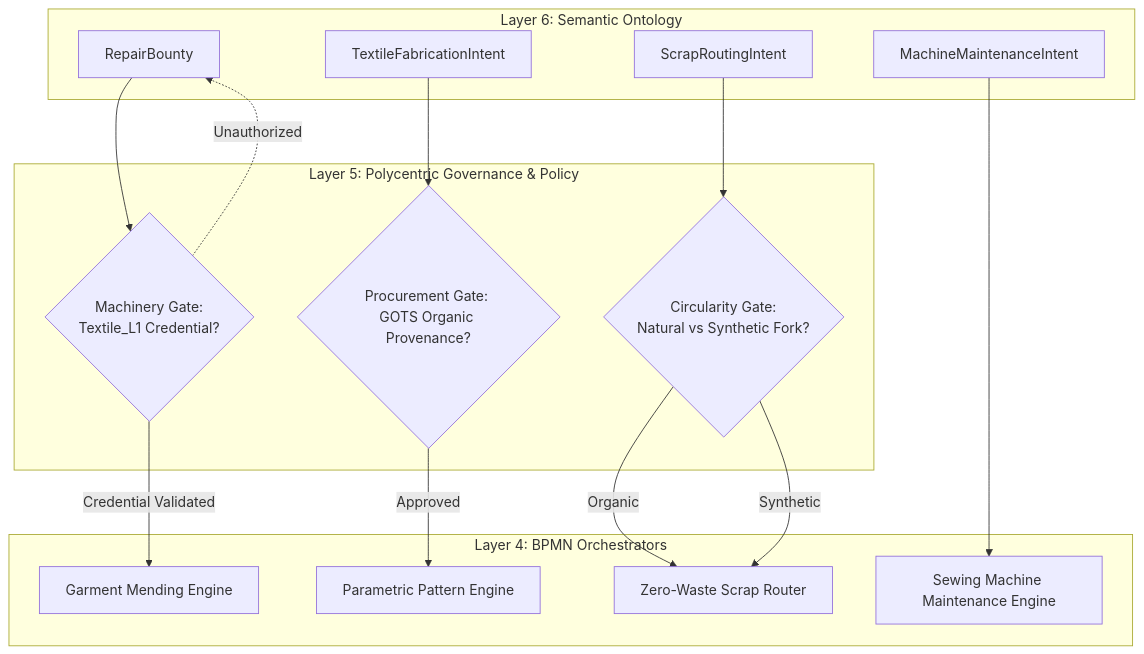
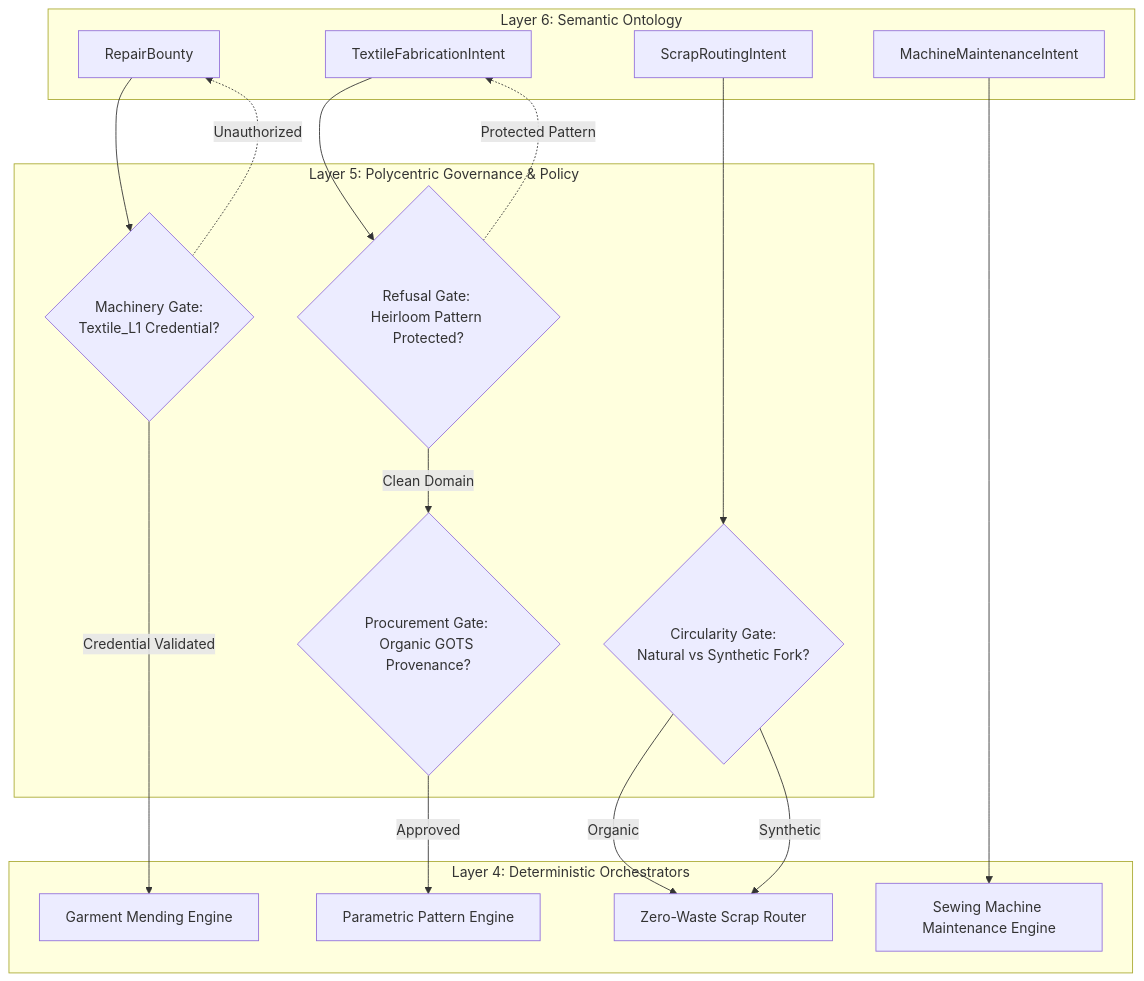
Before and after one commit to raffaine/collective: the third of 4 diagrams in docs/scenarios/nu_fashion.md, drawn with Mermaid. The commit also changed other lines of this file and 23 other files, not shown here.

````diff
--- a/docs/scenarios/nu_fashion.md
+++ b/docs/scenarios/nu_fashion.md
@@ -110,36 +146,39 @@
 ```mermaid
 graph TD
     subgraph Layer 6: Semantic Ontology
         L6_Repair[RepairBounty]
         L6_Fab[TextileFabricationIntent]
         L6_Scrap[ScrapRoutingIntent]
         L6_Maint[MachineMaintenanceIntent]
     end
 
     subgraph Layer 5: Polycentric Governance & Policy
         P_Mach{Machinery Gate: <br>Textile_L1 Credential?}
         P_Circ{Circularity Gate: <br>Natural vs Synthetic Fork?}
-        P_Proc{Procurement Gate: <br>GOTS Organic Provenance?}
+        P_Refusal{Refusal Gate: <br>Heirloom Pattern Protected?}
+        P_Proc{Procurement Gate: <br>Organic GOTS Provenance?}
     end
 
-    subgraph Layer 4: BPMN Orchestrators
+    subgraph Layer 4: Deterministic Orchestrators
         BPMN_Mend[Garment Mending Engine]
         BPMN_Craft[Parametric Pattern Engine]
         BPMN_Scrap[Zero-Waste Scrap Router]
         BPMN_Fix[Sewing Machine Maintenance Engine]
     end
 
     %% Routing
     L6_Repair --> P_Mach
     P_Mach -->|Credential Validated| BPMN_Mend
     P_Mach -.->|Unauthorized| L6_Repair
 
-    L6_Fab --> P_Proc
+    L6_Fab --> P_Refusal
+    P_Refusal -->|Clean Domain| P_Proc
+    P_Refusal -.->|Protected Pattern| L6_Fab
     P_Proc -->|Approved| BPMN_Craft
 
     L6_Scrap --> P_Circ
     P_Circ -->|Organic| BPMN_Scrap
     P_Circ -->|Synthetic| BPMN_Scrap
 
     L6_Maint --> BPMN_Fix
 ```
````
